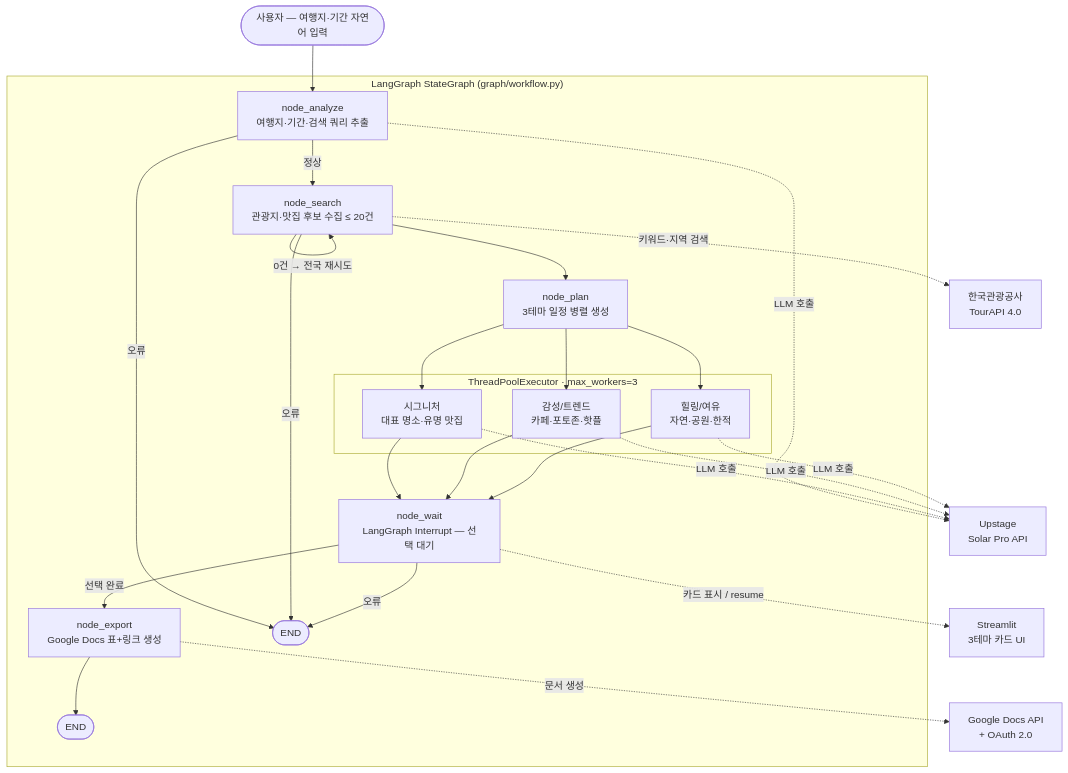
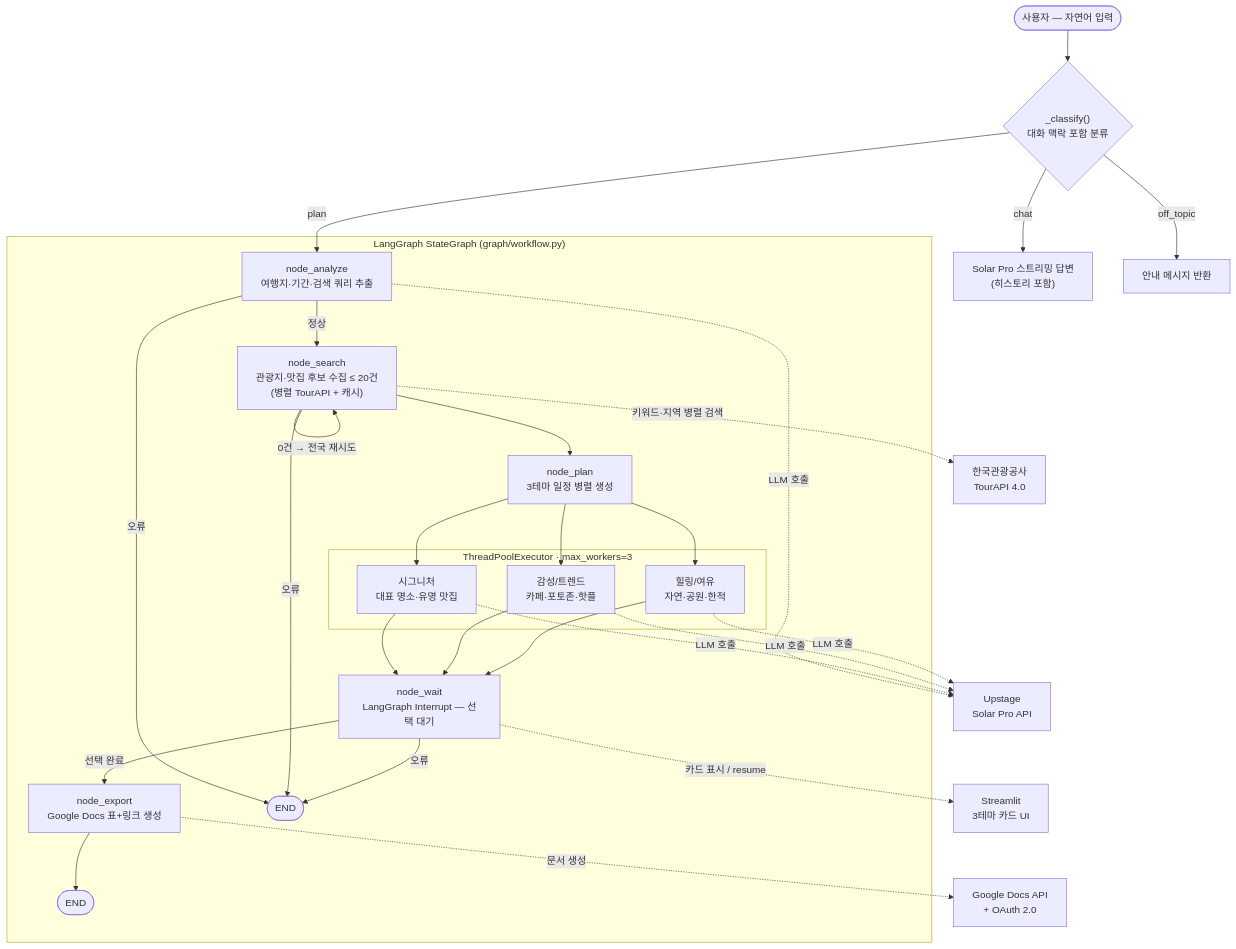
One commit to WanYoung-Oh/TRAVEL_PLANNER changed the second of 2 diagrams in README.md. Above: the diagram before and after it, drawn with Mermaid. The commit also changed other lines of this file and 9 other files, not shown here.

Commit message:
feat: chat UX 보강, TourAPI 캐시 등 추가 구현

````diff
--- a/README.md
+++ b/README.md
@@ -115,43 +128,48 @@
 ```mermaid
 flowchart TD
-    USER([사용자 — 여행지·기간 자연어 입력])
-    USER --> ANALYZE
+    USER([사용자 — 자연어 입력])
+    USER --> CLASSIFY
+
+    CLASSIFY{"_classify()\n대화 맥락 포함 분류"}
+    CLASSIFY -->|"plan"| ANALYZE
+    CLASSIFY -->|"chat"| SOLAR_CHAT["Solar Pro 스트리밍 답변\n(히스토리 포함)"]
+    CLASSIFY -->|"off_topic"| MSG["안내 메시지 반환"]
 
     subgraph GRAPH["LangGraph StateGraph (graph/workflow.py)"]
         ANALYZE["node_analyze\n여행지·기간·검색 쿼리 추출"]
-        SEARCH["node_search\n관광지·맛집 후보 수집 ≤ 20건"]
+        SEARCH["node_search\n관광지·맛집 후보 수집 ≤ 20건\n(병렬 TourAPI + 캐시)"]
         PLAN["node_plan\n3테마 일정 병렬 생성"]
         WAIT["node_wait\nLangGraph Interrupt — 선택 대기"]
         EXPORT["node_export\nGoogle Docs 표+링크 생성"]
 
         subgraph PAR["ThreadPoolExecutor · max_workers=3"]
             T1["시그니처\n대표 명소·유명 맛집"]
             T2["감성/트렌드\n카페·포토존·핫플"]
             T3["힐링/여유\n자연·공원·한적"]
         end
 
         ANALYZE -->|오류| ENDERR([END])
         ANALYZE -->|정상| SEARCH
         SEARCH -->|"0건 → 전국 재시도"| SEARCH
         SEARCH -->|오류| ENDERR
         SEARCH --> PLAN
         PLAN --> T1 & T2 & T3
         T1 & T2 & T3 --> WAIT
         WAIT -->|오류| ENDERR
         WAIT -->|선택 완료| EXPORT
         EXPORT --> ENDOK([END])
     end
 
     SOLAR["Upstage\nSolar Pro API"]
     TOURAPI["한국관광공사\nTourAPI 4.0"]
     UI["Streamlit\n3테마 카드 UI"]
     GDOCS["Google Docs API\n+ OAuth 2.0"]
 
     ANALYZE -.->|LLM 호출| SOLAR
     T1 -.->|LLM 호출| SOLAR
     T2 -.->|LLM 호출| SOLAR
     T3 -.->|LLM 호출| SOLAR
-    SEARCH -.->|키워드·지역 검색| TOURAPI
+    SEARCH -.->|키워드·지역 병렬 검색| TOURAPI
     WAIT -.->|카드 표시 / resume| UI
     EXPORT -.->|문서 생성| GDOCS
 ```
````
